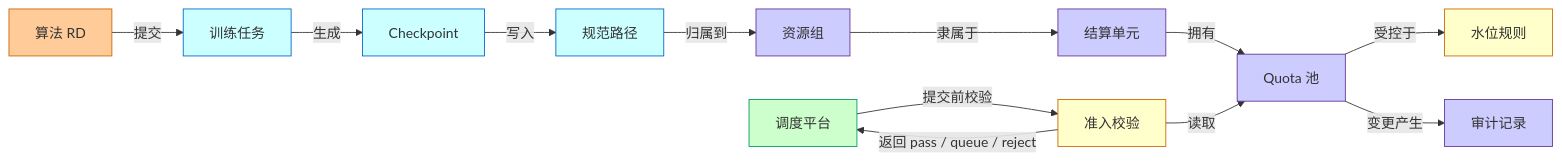
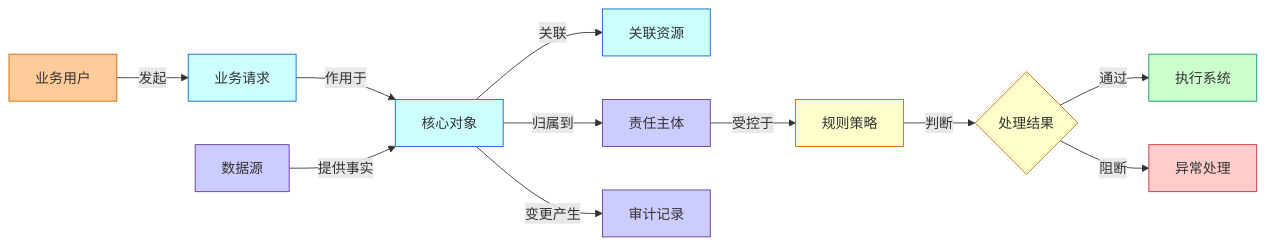
One commit to xyjunco/junco-skill changed the second of 9 diagrams in references/diagram-patterns.md. Above: the diagram before and after it, drawn with Mermaid. The commit also changed other lines of this file and 4 other files, not shown here.

````diff
--- a/references/diagram-patterns.md
+++ b/references/diagram-patterns.md
@@ -85,29 +85,29 @@
 ```mermaid
 graph LR
-  User["算法 RD"] -- "提交" --> Job["训练任务"]
-  Job -- "生成" --> Checkpoint["Checkpoint"]
-  Checkpoint -- "写入" --> Path["规范路径"]
-  Path -- "归属到" --> ResourceGroup["资源组"]
-  ResourceGroup -- "隶属于" --> SettlementUnit["结算单元"]
-  SettlementUnit -- "拥有" --> QuotaPool["Quota 池"]
-  QuotaPool -- "受控于" --> Watermark["水位规则"]
-  QuotaPool -- "变更产生" --> Audit["审计记录"]
-  Scheduler["调度平台"] -- "提交前校验" --> Admission["准入校验"]
-  Admission -- "读取" --> QuotaPool
-  Admission -- "返回 pass / queue / reject" --> Scheduler
+  User["业务用户"] -- "发起" --> Request["业务请求"]
+  Request -- "作用于" --> CoreObject["核心对象"]
+  CoreObject -- "关联" --> Resource["关联资源"]
+  CoreObject -- "归属到" --> Owner["责任主体"]
+  Owner -- "受控于" --> Policy["规则策略"]
+  Policy -- "判断" --> Decision{"处理结果"}
+  Decision -- "通过" --> Runtime["执行系统"]
+  Decision -- "阻断" --> Exception["异常处理"]
+  CoreObject -- "变更产生" --> Audit["审计记录"]
+  DataSource["数据源"] -- "提供事实" --> CoreObject
 
   class User actor;
-  class Job,Checkpoint,Path core;
-  class ResourceGroup,SettlementUnit,QuotaPool data;
-  class Watermark,Admission control;
-  class Scheduler runtime;
+  class Request,CoreObject,Resource core;
+  class Owner,DataSource,Audit data;
+  class Policy,Decision control;
+  class Runtime runtime;
+  class Exception risk;
   class Audit data;
 
   classDef actor fill:#FFCC99,stroke:#CC6600,color:#333333;
   classDef core fill:#CCFFFF,stroke:#0066CC,color:#333333;
   classDef runtime fill:#CCFFCC,stroke:#009966,color:#333333;
   classDef control fill:#FFFFCC,stroke:#CC6600,color:#333333;
   classDef data fill:#CCCCFF,stroke:#663399,color:#333333;
   classDef risk fill:#FFCCCC,stroke:#CC3333,color:#333333;
   classDef neutral fill:#FFFFFF,stroke:#999999,color:#333333;
 ```
````
